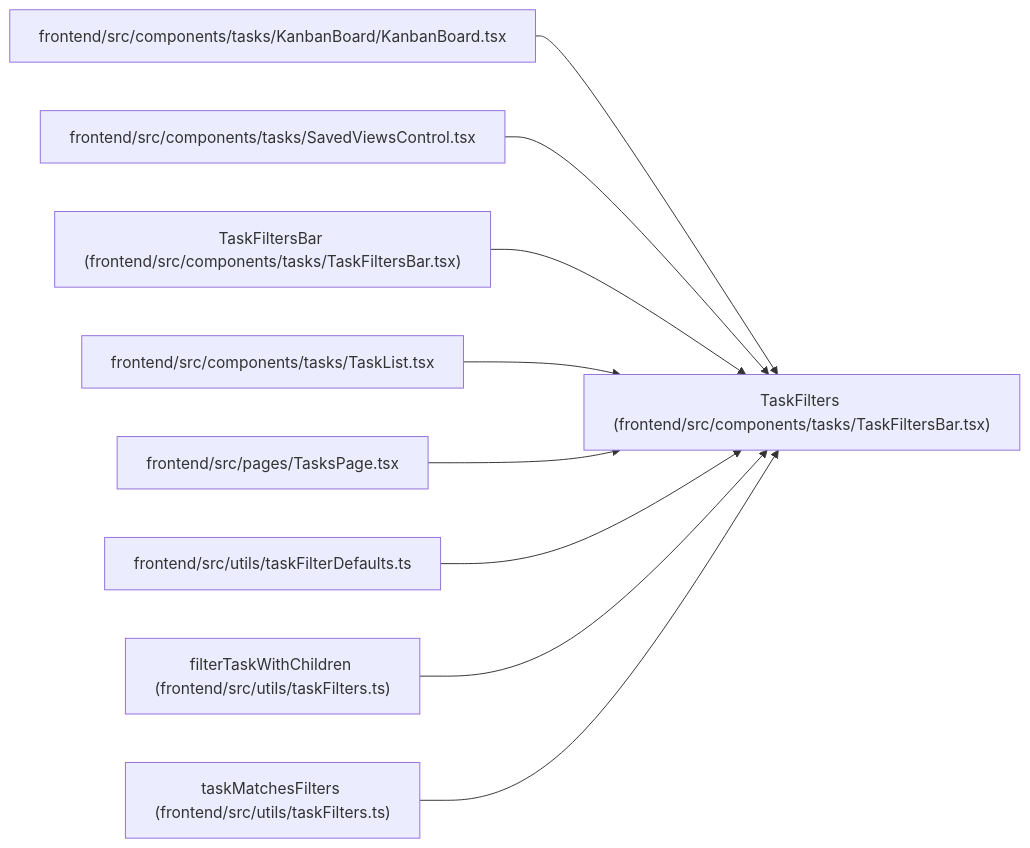
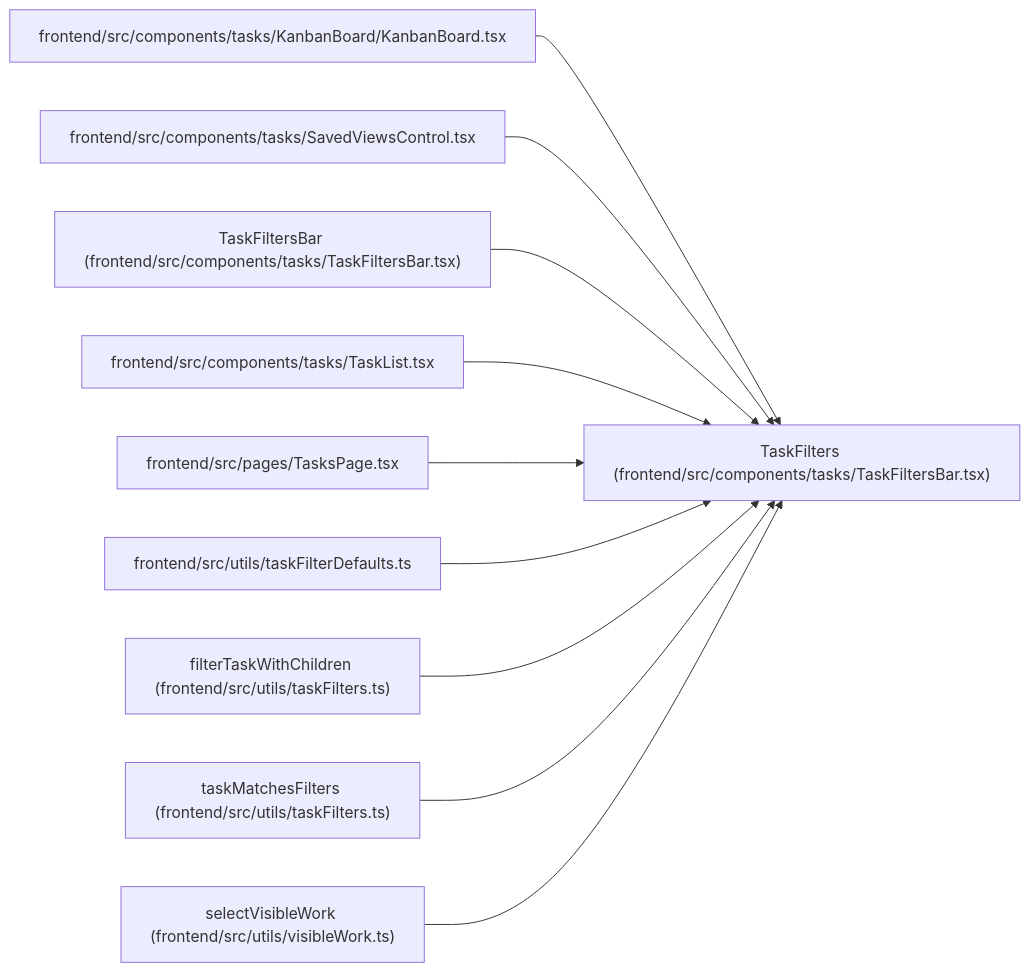
One commit to Denissvgn/WorkChord changed the diagram in docs/llm_wiki/entities/TaskFilters.md. Above: the diagram before and after it, drawn with Mermaid. The commit also changed other lines of this file and 958 other files, not shown here.

First line of the commit message:
docs(wiki): refresh identity and recovery architecture

````diff
--- a/docs/llm_wiki/entities/TaskFilters.md
+++ b/docs/llm_wiki/entities/TaskFilters.md
@@ -38,29 +39,32 @@
 ```mermaid
 flowchart LR
     n0["TaskFilters (frontend/src/components/tasks/TaskFiltersBar.tsx)"]
     n1["frontend/src/components/tasks/KanbanBoard/KanbanBoard.tsx"]
     n2["frontend/src/components/tasks/SavedViewsControl.tsx"]
     n3["TaskFiltersBar (frontend/src/components/tasks/TaskFiltersBar.tsx)"]
     n4["frontend/src/components/tasks/TaskList.tsx"]
     n5["frontend/src/pages/TasksPage.tsx"]
     n6["frontend/src/utils/taskFilterDefaults.ts"]
     n7["filterTaskWithChildren (frontend/src/utils/taskFilters.ts)"]
     n8["taskMatchesFilters (frontend/src/utils/taskFilters.ts)"]
+    n9["selectVisibleWork (frontend/src/utils/visibleWork.ts)"]
     n1 --> n0
     n2 --> n0
     n3 --> n0
     n4 --> n0
     n5 --> n0
     n6 --> n0
     n7 --> n0
     n8 --> n0
+    n9 --> n0
     click n0 "../modules/TaskFiltersBar.md"
     click n1 "../modules/KanbanBoard.md"
     click n2 "../modules/SavedViewsControl.md"
     click n3 "../modules/TaskFiltersBar.md"
     click n4 "../modules/TaskList.md"
     click n5 "../modules/TasksPage.md"
     click n6 "../modules/taskFilterDefaults.md"
     click n7 "../modules/taskFilters.md"
     click n8 "../modules/taskFilters.md"
+    click n9 "../modules/visibleWork.md"
 ```
````
